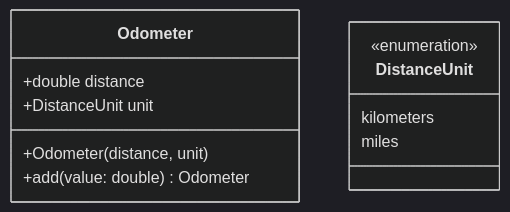
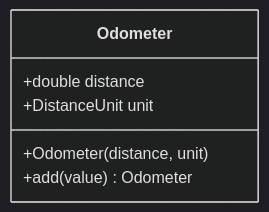
One commit to abrahdev/karter changed the seventh of 13 diagrams in docs/versioned_docs/version-2026.06.5-alpha/developer/mobile/app-architecture.md. Above: the diagram before and after it, drawn with Mermaid (dark theme). The commit also changed other lines of this file and 4 other files, not shown here.

````diff
--- a/docs/versioned_docs/version-2026.06.5-alpha/developer/mobile/app-architecture.md
+++ b/docs/versioned_docs/version-2026.06.5-alpha/developer/mobile/app-architecture.md
@@ -237,14 +252,9 @@
 ```mermaid
 classDiagram
-class Odometer {
+    class Odometer {
         +double distance
         +DistanceUnit unit
         +Odometer(distance, unit)
-        +add(value: double) Odometer
-    }
-class DistanceUnit {
-        <<enumeration>>
-        kilometers
-        miles
+        +add(value) Odometer
     }
 ```
````
